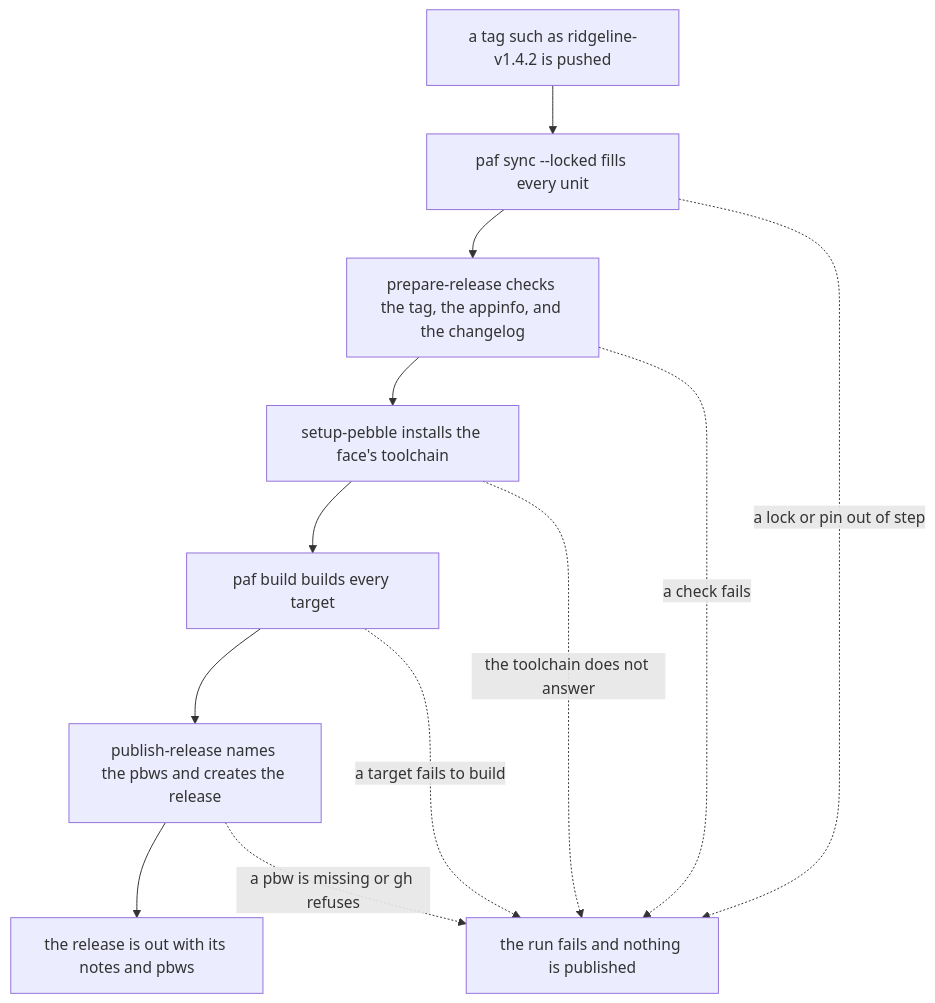
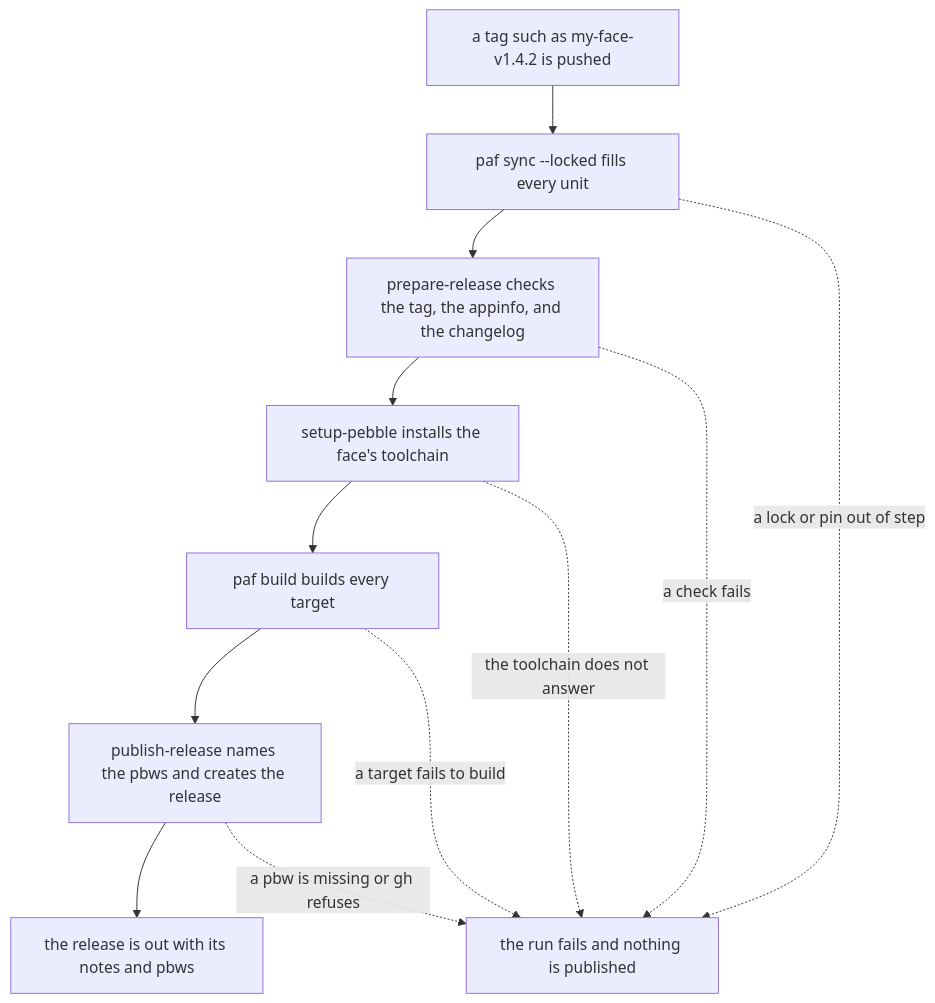
One commit to AKlitbo/pebble-app-framework changed the diagram in docs/how/ci-releases.md. Above: the diagram before and after it, drawn with Mermaid. The commit also changed other lines of this file and 88 other files, not shown here.

````diff
--- a/docs/how/ci-releases.md
+++ b/docs/how/ci-releases.md
@@ -61,14 +61,14 @@
 ```mermaid
 flowchart TD
-  tag["a tag such as ridgeline-v1.4.2 is pushed"] --> sync["paf sync --locked fills every unit"]
+  tag["a tag such as my-face-v1.4.2 is pushed"] --> sync["paf sync --locked fills every unit"]
   sync --> prepare["prepare-release checks the tag, the appinfo, and the changelog"]
   prepare --> setup["setup-pebble installs the face's toolchain"]
   setup --> build["paf build builds every target"]
   build --> publish["publish-release names the pbws and creates the release"]
   publish --> done["the release is out with its notes and pbws"]
   sync -. "a lock or pin out of step" .-> stop["the run fails and nothing is published"]
   prepare -. "a check fails" .-> stop
   setup -. "the toolchain does not answer" .-> stop
   build -. "a target fails to build" .-> stop
   publish -. "a pbw is missing or gh refuses" .-> stop
 ```
````
